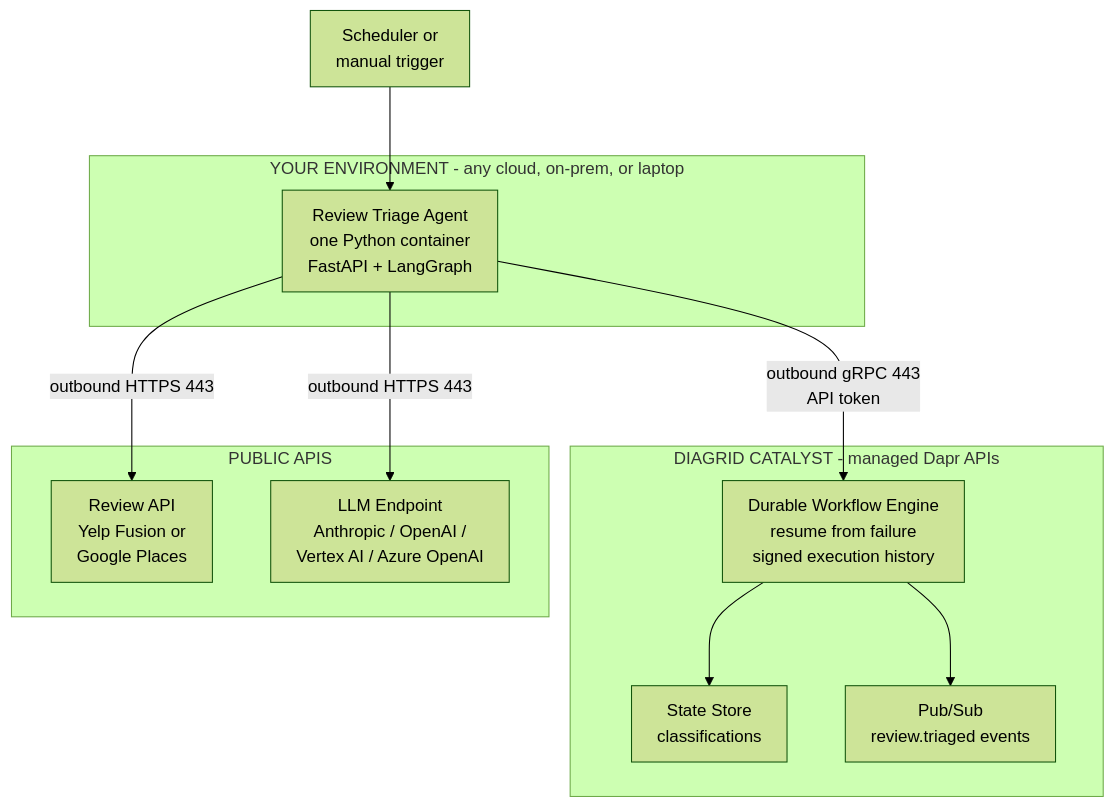
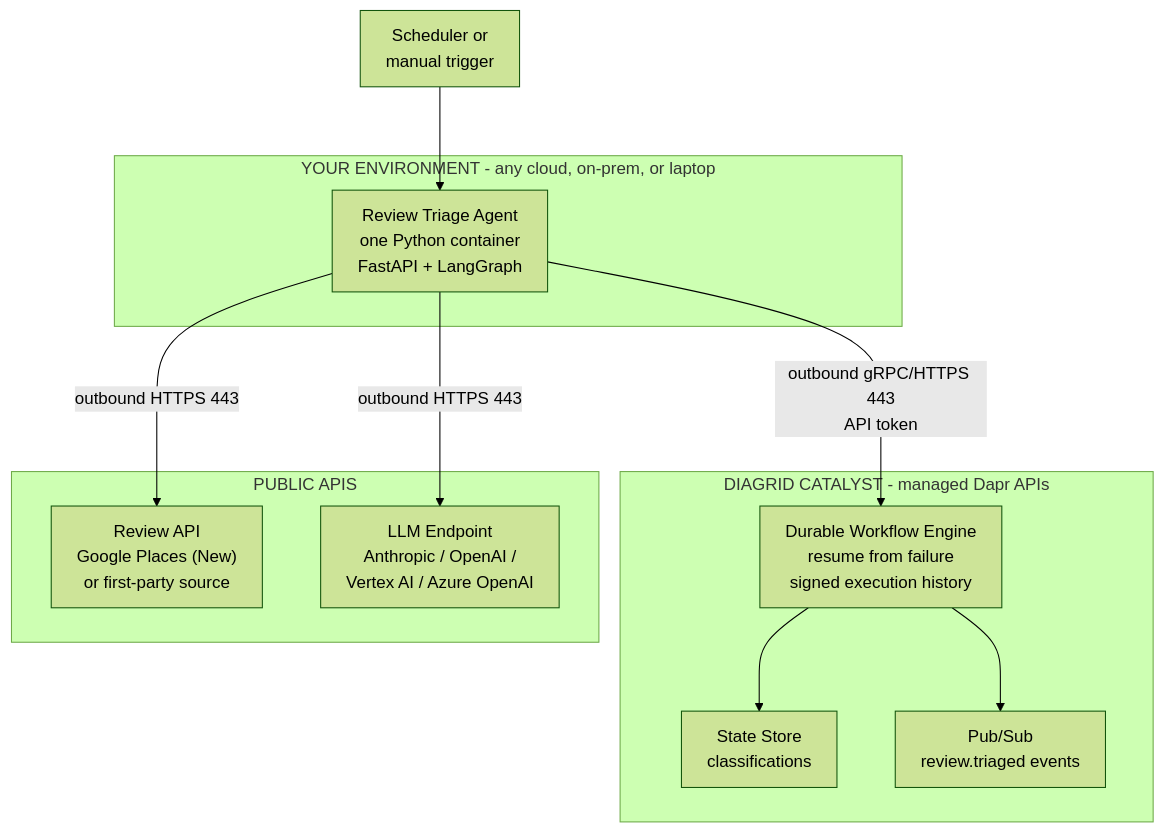
Before and after one commit to maheshrajannan/dapr-catalyst-friction-less: the first of 2 diagrams in dapr-catalyst-8020-agent-blog.md, drawn with Mermaid (forest theme). The commit also changed other lines of this file and 10 other files, not shown here.

````diff
--- a/dapr-catalyst-8020-agent-blog.md
+++ b/dapr-catalyst-8020-agent-blog.md
@@ -33,22 +33,22 @@
 ```mermaid
 %%{init: {'flowchart': {'htmlLabels': true, 'wrappingWidth': 800, 'padding': 12, 'nodeSpacing': 55, 'rankSpacing': 65}}}%%
 flowchart TB
     subgraph ENTERPRISE ["YOUR ENVIRONMENT - any cloud, on-prem, or laptop"]
         APP["Review Triage Agent<br/>one Python container<br/>FastAPI + LangGraph"]
     end
     subgraph CATALYST ["DIAGRID CATALYST - managed Dapr APIs"]
         WF["Durable Workflow Engine<br/>resume from failure<br/>signed execution history"]
         KV["State Store<br/>classifications"]
         PS["Pub/Sub<br/>review.triaged events"]
     end
     subgraph EXTERNAL ["PUBLIC APIS"]
-        REV["Review API<br/>Yelp Fusion or<br/>Google Places"]
+        REV["Review API<br/>Google Places (New)<br/>or first-party source"]
         MODEL["LLM Endpoint<br/>Anthropic / OpenAI /<br/>Vertex AI / Azure OpenAI"]
     end
     SCHED["Scheduler or<br/>manual trigger"] --> APP
-    APP -- "outbound gRPC 443<br/>API token" --> WF
+    APP -- "outbound gRPC/HTTPS 443<br/>API token" --> WF
     WF --> KV
     WF --> PS
     APP -- "outbound HTTPS 443" --> REV
     APP -- "outbound HTTPS 443" --> MODEL
 ```
````
